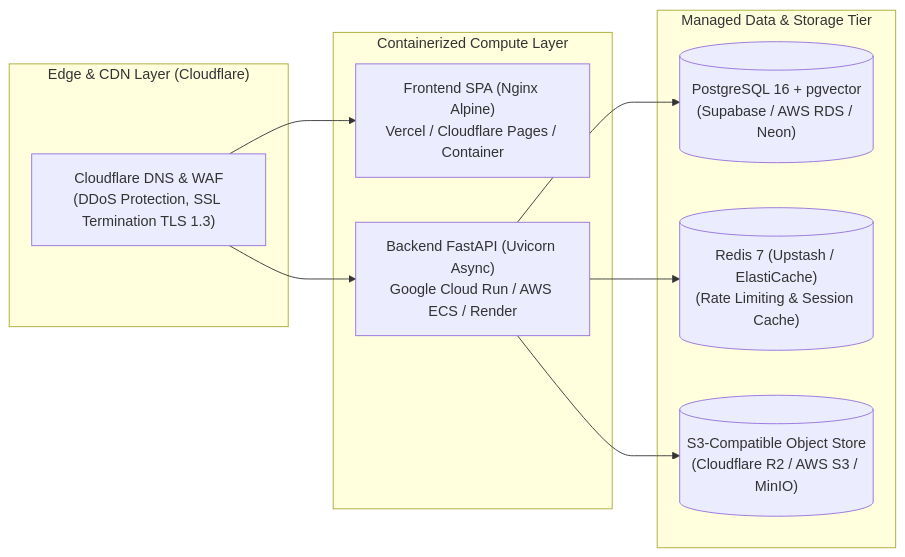
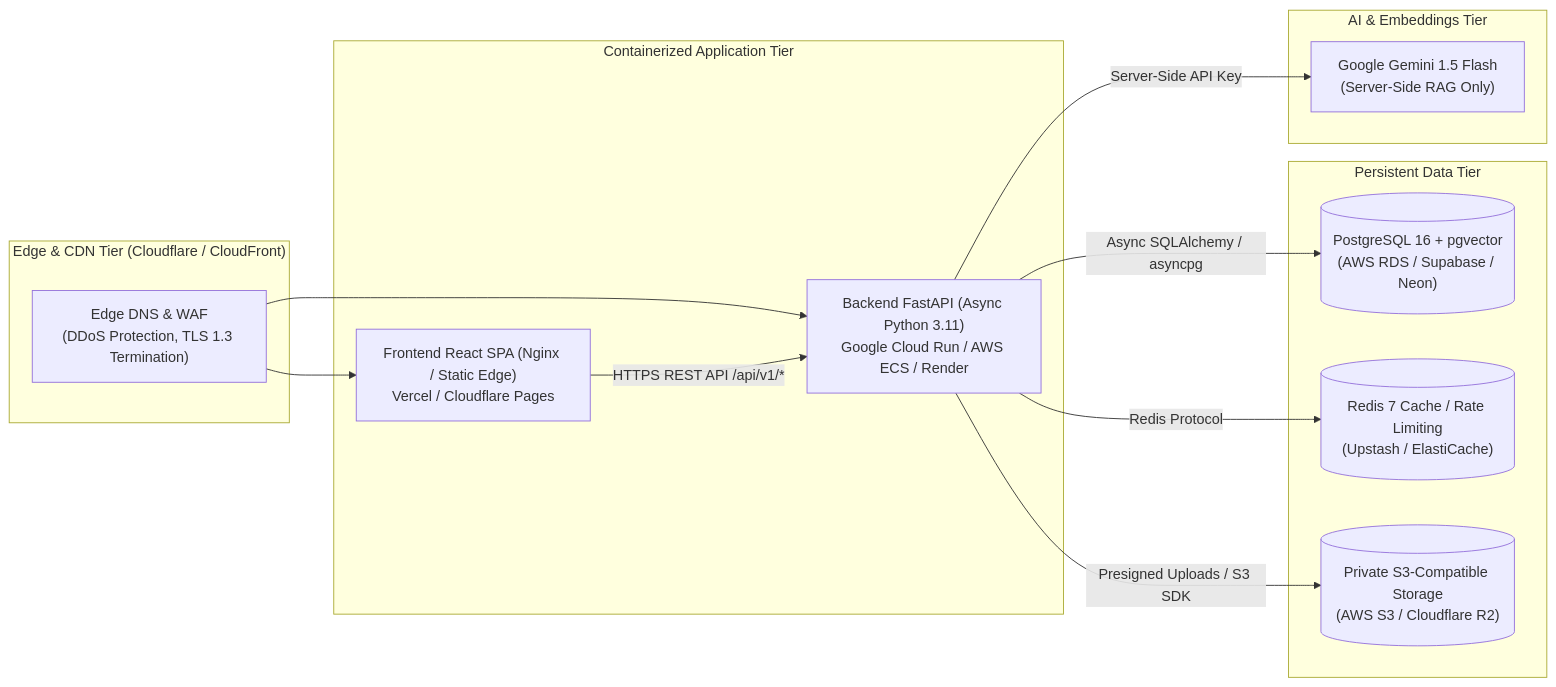
Before and after one commit to TanuDubey-13/CleftPath: the diagram in docs/DEPLOYMENT.md, drawn with Mermaid. The commit also changed other lines of this file and 9 other files, not shown here.

````diff
--- a/docs/DEPLOYMENT.md
+++ b/docs/DEPLOYMENT.md
@@ -14,23 +12,29 @@
 ```mermaid
 flowchart LR
-    subgraph EdgeLayer ["Edge & CDN Layer (Cloudflare)"]
-        DNS["Cloudflare DNS & WAF\n(DDoS Protection, SSL Termination TLS 1.3)"]
+    subgraph EdgeLayer ["Edge & CDN Tier (Cloudflare / CloudFront)"]
+        Edge["Edge DNS & WAF\n(DDoS Protection, TLS 1.3 Termination)"]
     end
 
-    subgraph ComputeLayer ["Containerized Compute Layer"]
-        FrontendService["Frontend SPA (Nginx Alpine)\nVercel / Cloudflare Pages / Container"]
-        BackendService["Backend FastAPI (Uvicorn Async)\nGoogle Cloud Run / AWS ECS / Render"]
+    subgraph ComputeLayer ["Containerized Application Tier"]
+        FrontendSPA["Frontend React SPA (Nginx / Static Edge)\nVercel / Cloudflare Pages"]
+        BackendAPI["Backend FastAPI (Async Python 3.11)\nGoogle Cloud Run / AWS ECS / Render"]
     end
 
-    subgraph DataPersistence ["Managed Data & Storage Tier"]
-        DB[("PostgreSQL 16 + pgvector\n(Supabase / AWS RDS / Neon)")]
-        RedisCache[("Redis 7 (Upstash / ElastiCache)\n(Rate Limiting & Session Cache)")]
-        BlobStore[("S3-Compatible Object Store\n(Cloudflare R2 / AWS S3 / MinIO)")]
+    subgraph PersistenceLayer ["Persistent Data Tier"]
+        PostgresDB[("PostgreSQL 16 + pgvector\n(AWS RDS / Supabase / Neon)")]
+        RedisCache[("Redis 7 Cache / Rate Limiting\n(Upstash / ElastiCache)")]
+        DocStore[("Private S3-Compatible Storage\n(AWS S3 / Cloudflare R2)")]
     end
 
-    DNS --> FrontendService
-    DNS --> BackendService
-    BackendService --> DB
-    BackendService --> RedisCache
-    BackendService --> BlobStore
+    subgraph AIService ["AI & Embeddings Tier"]
+        GeminiAPI["Google Gemini 1.5 Flash\n(Server-Side RAG Only)"]
+    end
+
+    Edge --> FrontendSPA
+    Edge --> BackendAPI
+    FrontendSPA -->|HTTPS REST API /api/v1/*| BackendAPI
+    BackendAPI -->|Async SQLAlchemy / asyncpg| PostgresDB
+    BackendAPI -->|Redis Protocol| RedisCache
+    BackendAPI -->|Presigned Uploads / S3 SDK| DocStore
+    BackendAPI -->|Server-Side API Key| GeminiAPI
 ```
````
